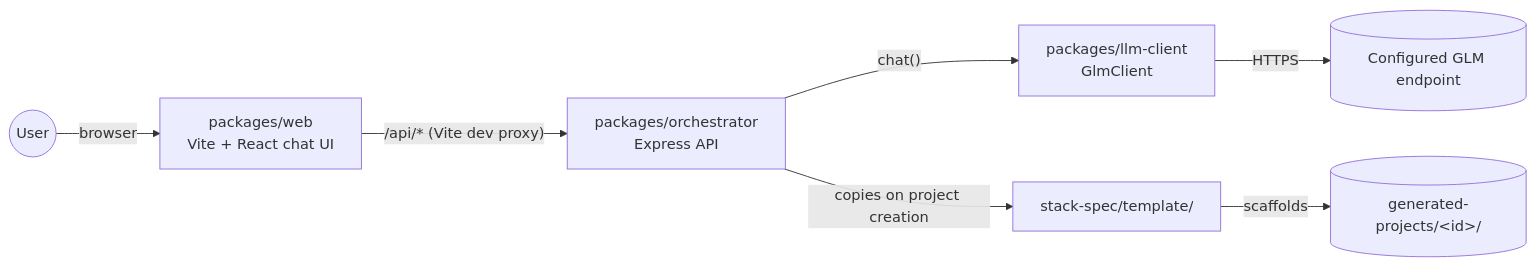
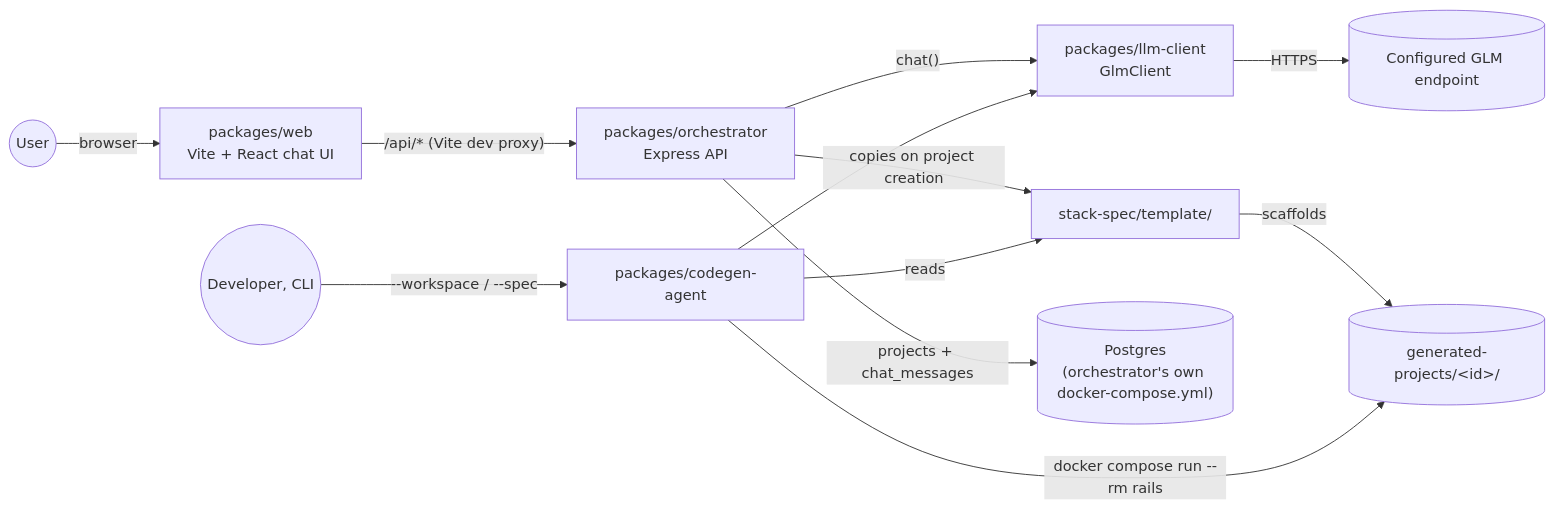
Before and after one commit to theprogrammerin/product-builder: the first of 2 diagrams in docs/blueprints/architecture.md, drawn with Mermaid. The commit also changed other lines of this file and 77 other files, not shown here.

````diff
--- a/docs/blueprints/architecture.md
+++ b/docs/blueprints/architecture.md
@@ -10,9 +10,15 @@
 ```mermaid
 flowchart LR
     User(("User")) -->|browser| Web["packages/web<br/>Vite + React chat UI"]
     Web -->|"/api/* (Vite dev proxy)"| Orchestrator["packages/orchestrator<br/>Express API"]
     Orchestrator -->|"chat()"| LLMClient["packages/llm-client<br/>GlmClient"]
     LLMClient -->|HTTPS| GLM[("Configured GLM endpoint")]
     Orchestrator -->|"copies on project creation"| StackSpec["stack-spec/template/"]
     StackSpec -->|scaffolds| Workspace[("generated-projects/&lt;id&gt;/")]
+    Orchestrator -->|"projects + chat_messages"| Postgres[("Postgres
+(orchestrator's own docker-compose.yml)")]
+    Dev(("Developer, CLI")) -->|"--workspace / --spec"| Codegen["packages/codegen-agent"]
+    Codegen -->|reads| StackSpec
+    Codegen -->|"docker compose run --rm rails"| Workspace
+    Codegen --> LLMClient
 ```
````
